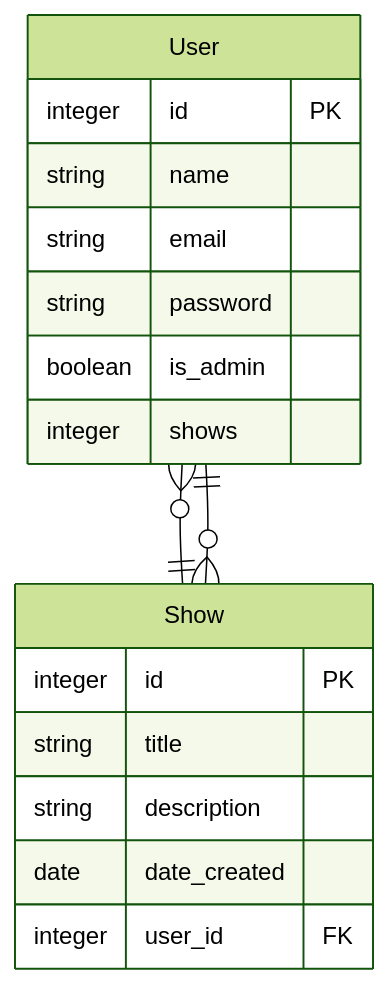
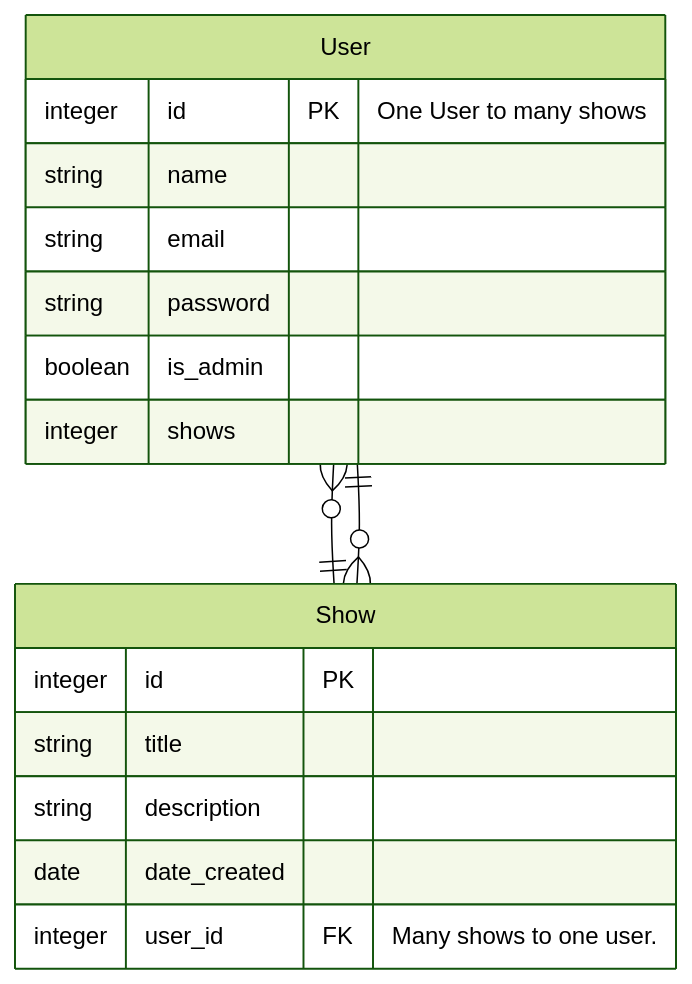
One commit to SpencerBadger/T2A2-API-Webserver changed the diagram in README.md. Above: the diagram before and after it, drawn with Mermaid (forest theme). The commit also changed 10 other files, not shown here.

````diff
--- a/README.md
+++ b/README.md
@@ -116,23 +116,24 @@
 ```mermaid
 erDiagram
     %% table name: Users
     User {
-        integer id PK ""
+        integer id PK "One User to many shows"
         string name ""
         string email ""
         string password ""
         boolean is_admin ""
         integer shows ""
     }
     %% table name: Shows 
     Show{
         integer id PK ""
         string title ""
         string description ""
         date date_created ""
-        integer user_id FK ""
+        integer user_id FK "Many shows to one user."
     }
 
-    User }o--|| Show : "" 
+    User }o--|| Show : ""
+
     Show }o--|| User : "" 
 ```
````
